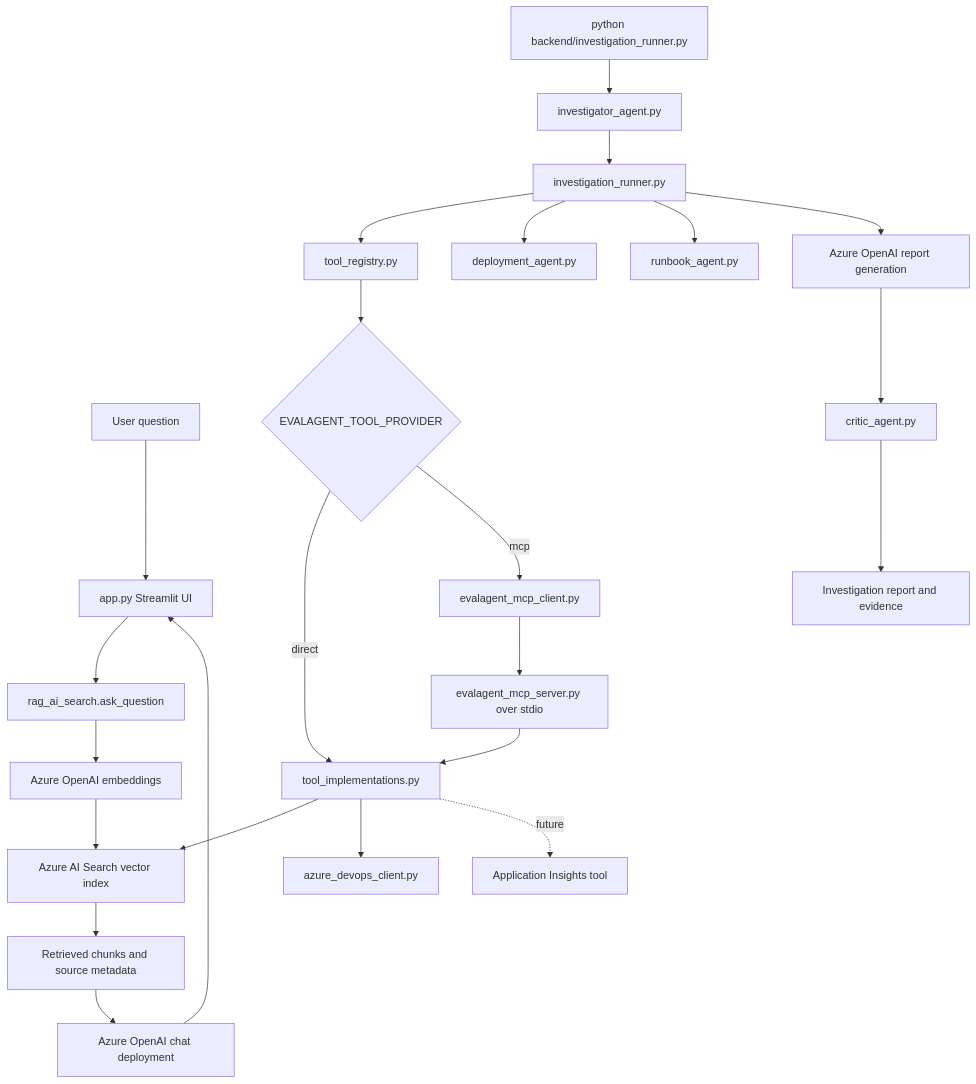
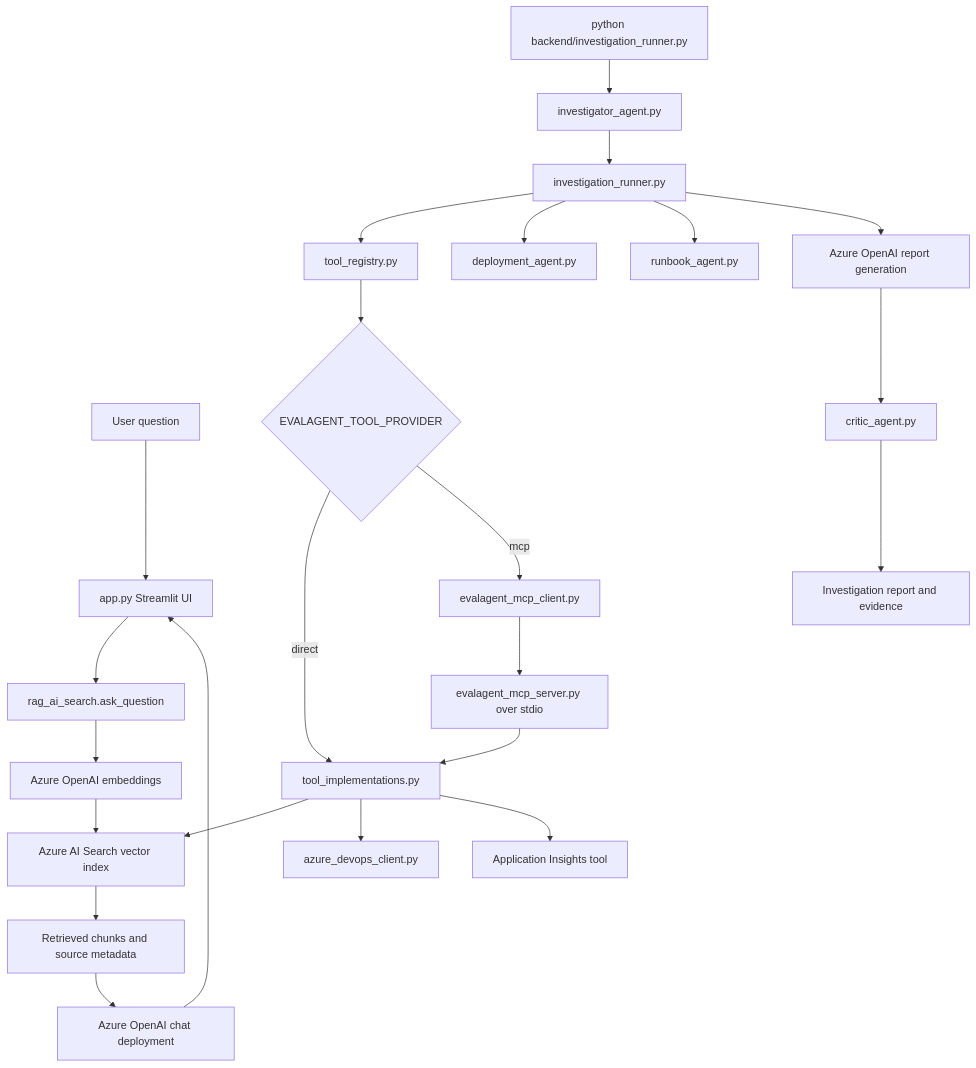
One commit to Tezfai/evalagent changed the first of 2 diagrams in ARCHITECTURE_GUIDE.md. Above: the diagram before and after it, drawn with Mermaid. The commit also changed other lines of this file and 13 other files, not shown here.

Commit message:
Application insights integration for tool registry

````diff
--- a/ARCHITECTURE_GUIDE.md
+++ b/ARCHITECTURE_GUIDE.md
@@ -13,27 +13,27 @@
 ```mermaid
 flowchart TD
     User[User question] --> UI[app.py Streamlit UI]
     UI --> RAG[rag_ai_search.ask_question]
     RAG --> Embed[Azure OpenAI embeddings]
     Embed --> Search[Azure AI Search vector index]
     Search --> Context[Retrieved chunks and source metadata]
     Context --> Chat[Azure OpenAI chat deployment]
     Chat --> UI
 
     CLI[python backend/investigation_runner.py] --> Planner[investigator_agent.py]
     Planner --> Runner[investigation_runner.py]
     Runner --> Registry[tool_registry.py]
     Registry --> Provider{EVALAGENT_TOOL_PROVIDER}
     Provider -->|direct| Implementations[tool_implementations.py]
     Provider -->|mcp| Client[evalagent_mcp_client.py]
     Client --> Server[evalagent_mcp_server.py over stdio]
     Server --> Implementations
     Implementations --> Search
     Implementations --> DevOps[azure_devops_client.py]
-    Implementations -. future .-> AppInsights[Application Insights tool]
+    Implementations --> AppInsights[Application Insights tool]
     Runner --> Deployment[deployment_agent.py]
     Runner --> Runbook[runbook_agent.py]
     Runner --> Report[Azure OpenAI report generation]
     Report --> Critic[critic_agent.py]
     Critic --> Final[Investigation report and evidence]
 ```
````
